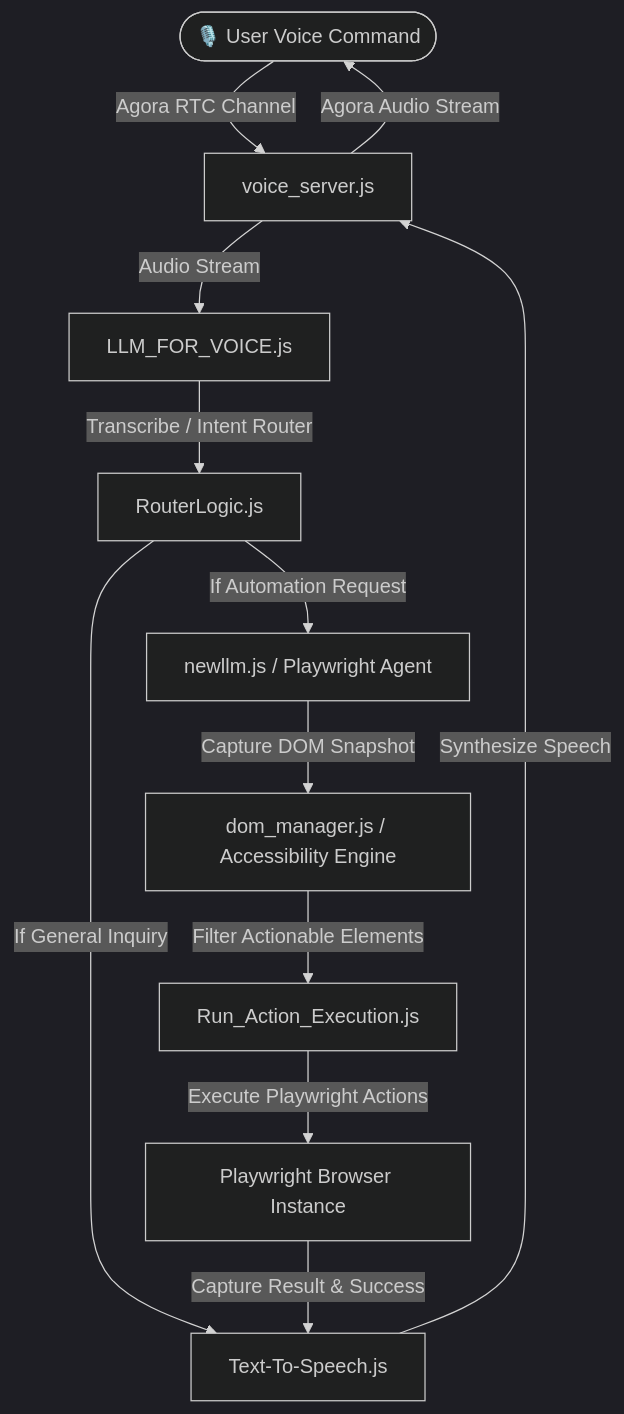
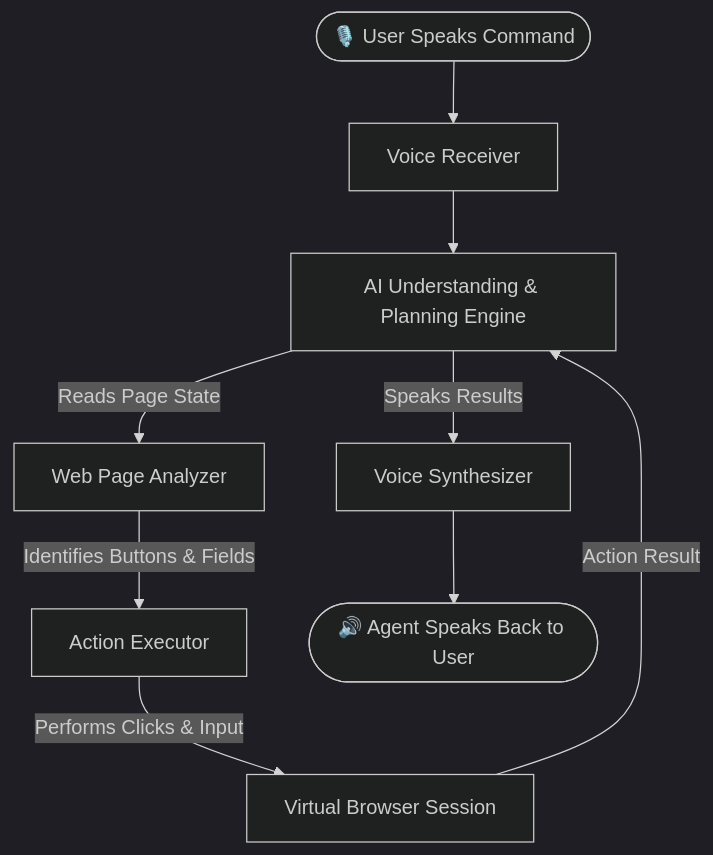
Before and after one commit to Thanoj-developer/ARGUS_WITH_AGORA: the diagram in README.md, drawn with Mermaid (dark theme). The commit also changed other lines of this file, not shown here.

Commit message:
Update README.md with simplified, conceptual architecture flow

````diff
--- a/README.md
+++ b/README.md
@@ -22,17 +22,13 @@
 ```mermaid
 flowchart TD
-    User([🎙️ User Voice Command]) -->|Agora RTC Channel| VoiceServer[voice_server.js]
-    VoiceServer -->|Audio Stream| LLM_Voice[LLM_FOR_VOICE.js]
-    LLM_Voice -->|Transcribe / Intent Router| Router[RouterLogic.js]
+    User([🎙️ User Speaks Command]) --> VoiceIn[Voice Receiver]
+    VoiceIn --> AI_Brain[AI Understanding & Planning Engine]
     
-    Router -->|If Automation Request| GenAgent[newllm.js / Playwright Agent]
-    Router -->|If General Inquiry| TTS[Text-To-Speech.js]
+    AI_Brain -->|Reads Page State| PageParser[Web Page Analyzer]
+    PageParser -->|Identifies Buttons & Fields| ActionEngine[Action Executor]
+    ActionEngine -->|Performs Clicks & Input| WebBrowser[Virtual Browser Session]
     
-    GenAgent -->|Capture DOM Snapshot| DOMParser[dom_manager.js / Accessibility Engine]
-    DOMParser -->|Filter Actionable Elements| PlaywrightExec[Run_Action_Execution.js]
-    PlaywrightExec -->|Execute Playwright Actions| LiveBrowser[Playwright Browser Instance]
-    
-    LiveBrowser -->|Capture Result & Success| TTS
-    TTS -->|Synthesize Speech| VoiceServer
-    VoiceServer -->|Agora Audio Stream| User
+    WebBrowser -->|Action Result| AI_Brain
+    AI_Brain -->|Speaks Results| VoiceOut[Voice Synthesizer]
+    VoiceOut --> UserFeedback([🔊 Agent Speaks Back to User])
 ```
````
